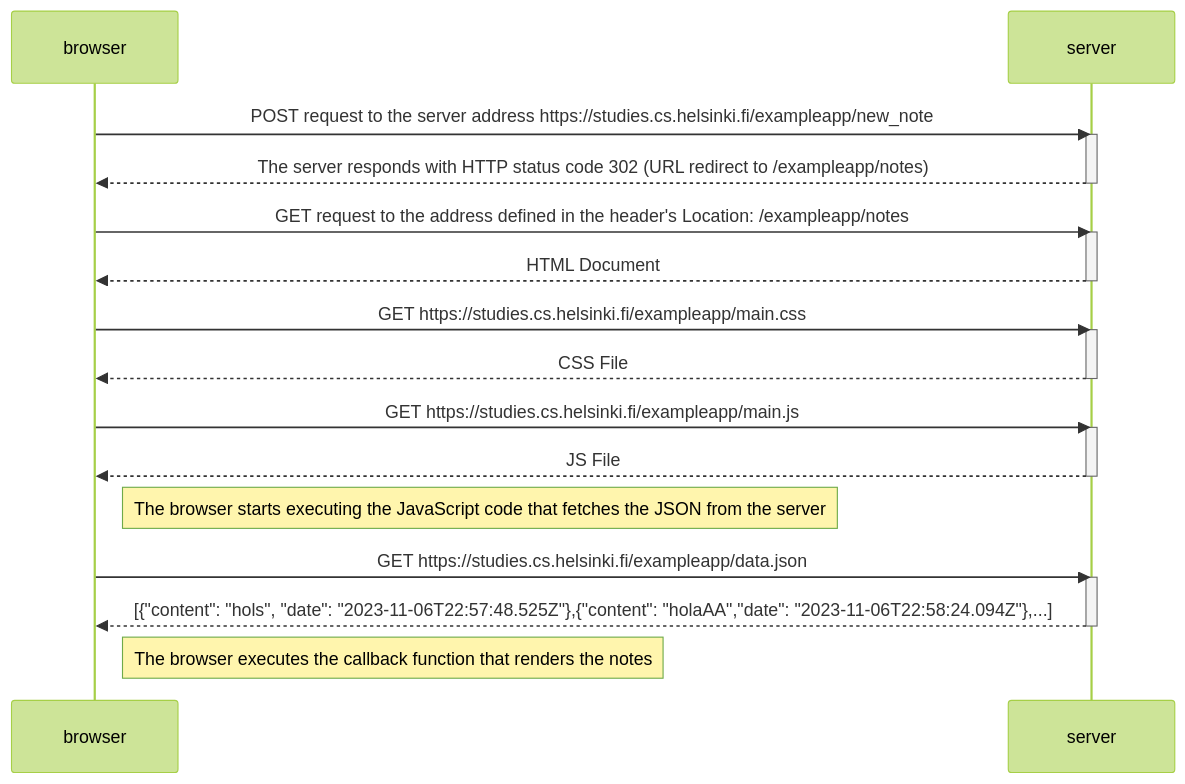
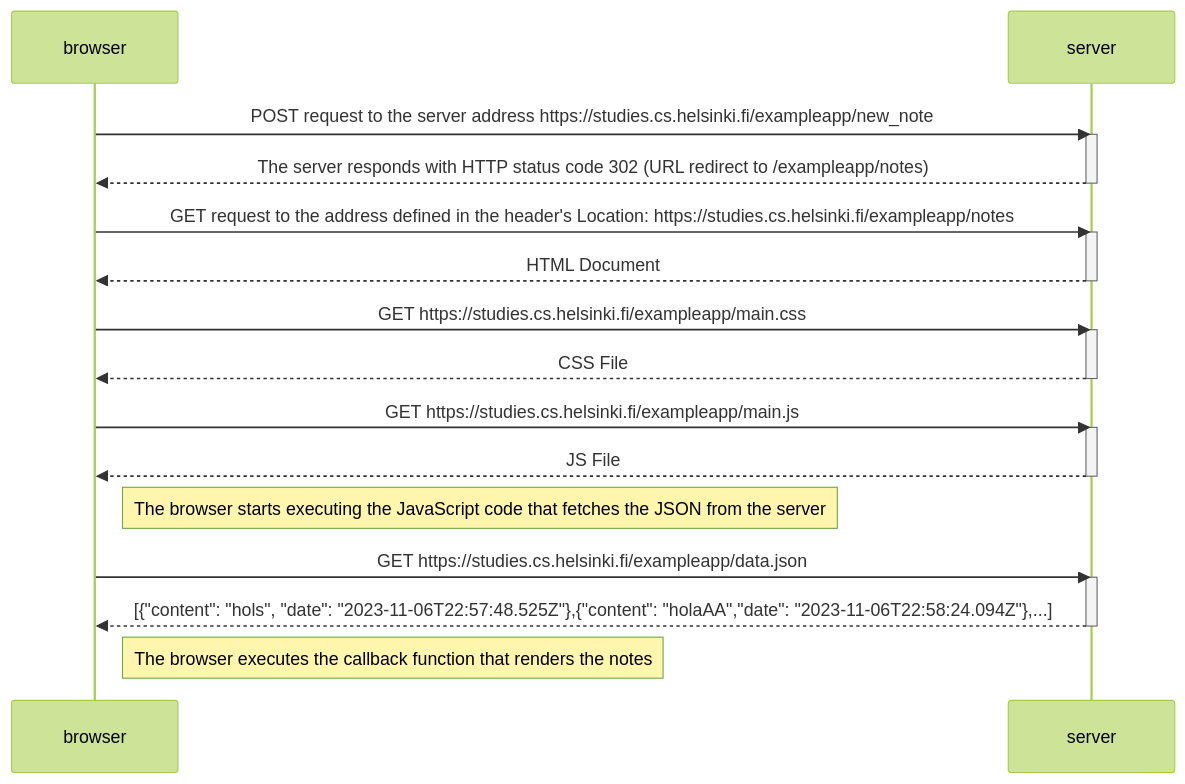
One commit to Rizz071/Fullstackopen changed the diagram in part0/0.4 New note diagram.md. Above: the diagram before and after it, drawn with Mermaid (forest theme).

Commit message:
Update 0.4 New note diagram.md

````diff
--- a/part0/0.4 New note diagram.md
+++ b/part0/0.4 New note diagram.md
@@ -1,33 +1,33 @@
 ```mermaid
 sequenceDiagram
     participant browser
     participant server
 
     browser->>server: POST request to the server address https://studies.cs.helsinki.fi/exampleapp/new_note
     activate server
     server-->>browser: The server responds with HTTP status code 302 (URL redirect to /exampleapp/notes)
     deactivate server
 
-    browser->>server: GET request to the address defined in the header's Location: /exampleapp/notes
+    browser->>server: GET request to the address defined in the header's Location: https://studies.cs.helsinki.fi/exampleapp/notes
     activate server
     server-->>browser: HTML Document
     deactivate server
 
     browser->>server: GET https://studies.cs.helsinki.fi/exampleapp/main.css
     activate server
     server-->>browser: CSS File
     deactivate server
 
     browser->>server: GET https://studies.cs.helsinki.fi/exampleapp/main.js
     activate server
     server-->>browser: JS File
     deactivate server
 
 
     Note right of browser: The browser starts executing the JavaScript code that fetches the JSON from the server
     browser->>server: GET https://studies.cs.helsinki.fi/exampleapp/data.json
     activate server
     server-->>browser: [{"content": "hols", "date": "2023-11-06T22:57:48.525Z"},{"content": "holaAA","date": "2023-11-06T22:58:24.094Z"},...]
     deactivate server
     Note right of browser: The browser executes the callback function that renders the notes
 ```
````
